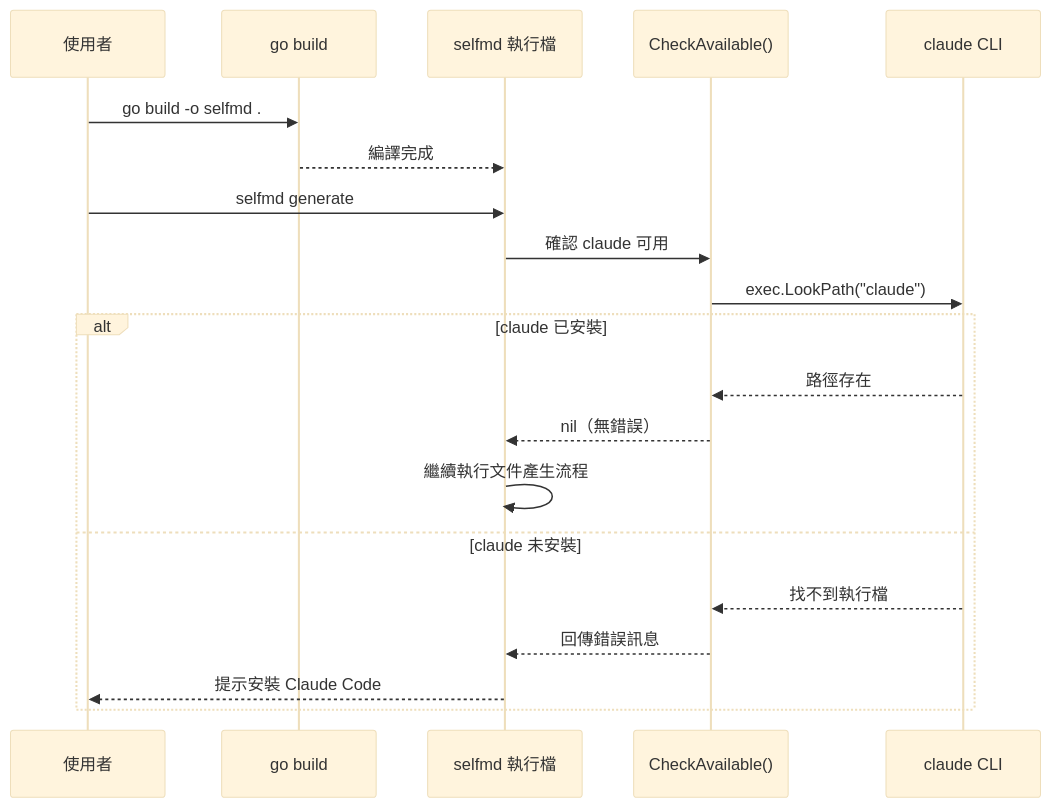
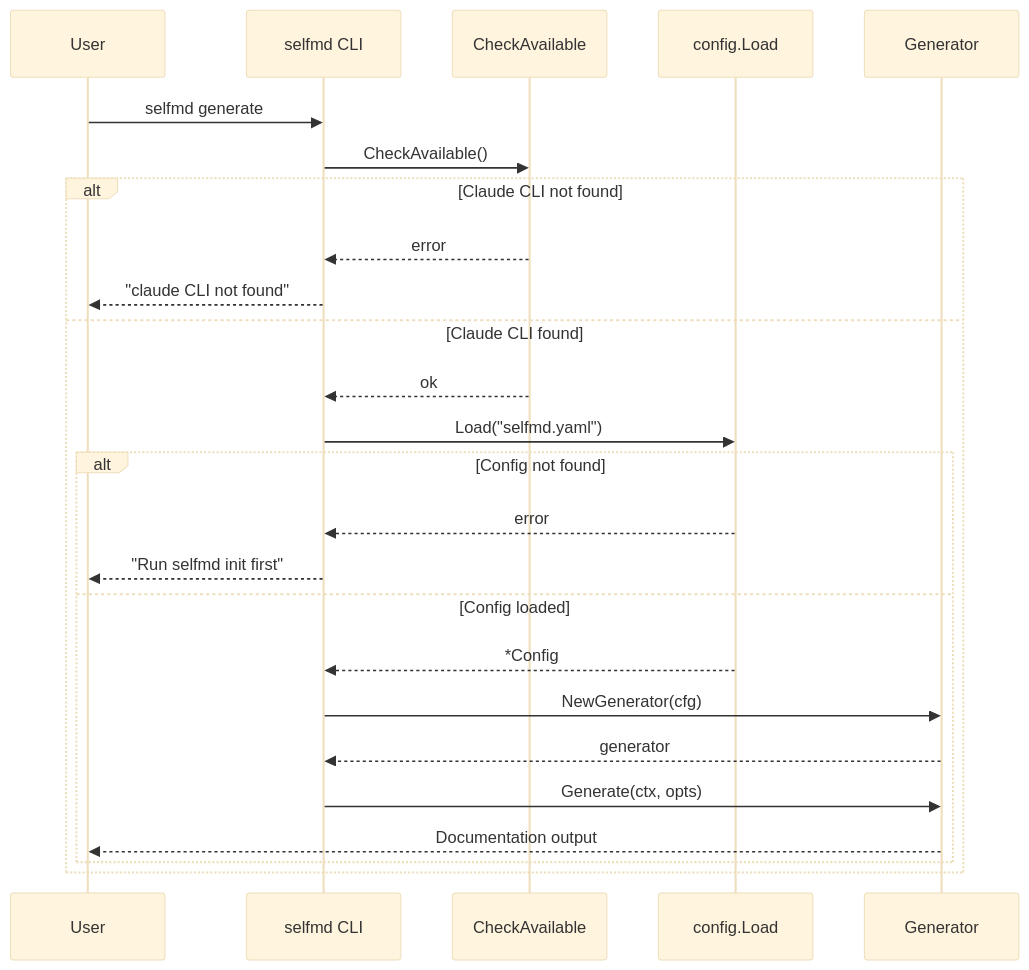
Before and after one commit to monkenWu/selfmd-claude-code: the second of 2 diagrams in docs/getting-started/installation/index.md, drawn with Mermaid (base theme). The commit also changed other lines of this file and 145 other files, not shown here.

````diff
--- a/docs/getting-started/installation/index.md
+++ b/docs/getting-started/installation/index.md
@@ -143,24 +201,28 @@
 ```mermaid
 sequenceDiagram
-    participant 使用者
-    participant GoBuild as go build
-    participant selfmd as selfmd 執行檔
-    participant CheckAvailable as CheckAvailable()
-    participant ClaudeCLI as claude CLI
+    participant User
+    participant CLI as selfmd CLI
+    participant Check as CheckAvailable
+    participant Config as config.Load
+    participant Gen as Generator
 
-    使用者->>GoBuild: go build -o selfmd .
-    GoBuild-->>selfmd: 編譯完成
-
-    使用者->>selfmd: selfmd generate
-    selfmd->>CheckAvailable: 確認 claude 可用
-    CheckAvailable->>ClaudeCLI: exec.LookPath("claude")
-    alt claude 已安裝
-        ClaudeCLI-->>CheckAvailable: 路徑存在
-        CheckAvailable-->>selfmd: nil（無錯誤）
-        selfmd->>selfmd: 繼續執行文件產生流程
-    else claude 未安裝
-        ClaudeCLI-->>CheckAvailable: 找不到執行檔
-        CheckAvailable-->>selfmd: 回傳錯誤訊息
-        selfmd-->>使用者: 提示安裝 Claude Code
+    User->>CLI: selfmd generate
+    CLI->>Check: CheckAvailable()
+    alt Claude CLI not found
+        Check-->>CLI: error
+        CLI-->>User: "claude CLI not found"
+    else Claude CLI found
+        Check-->>CLI: ok
+        CLI->>Config: Load("selfmd.yaml")
+        alt Config not found
+            Config-->>CLI: error
+            CLI-->>User: "Run selfmd init first"
+        else Config loaded
+            Config-->>CLI: *Config
+            CLI->>Gen: NewGenerator(cfg)
+            Gen-->>CLI: generator
+            CLI->>Gen: Generate(ctx, opts)
+            Gen-->>User: Documentation output
+        end
     end
 ```
````
